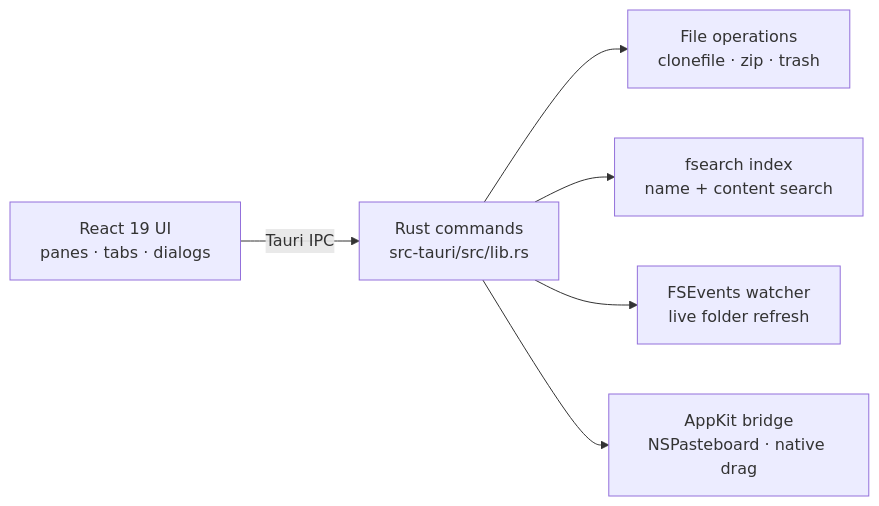
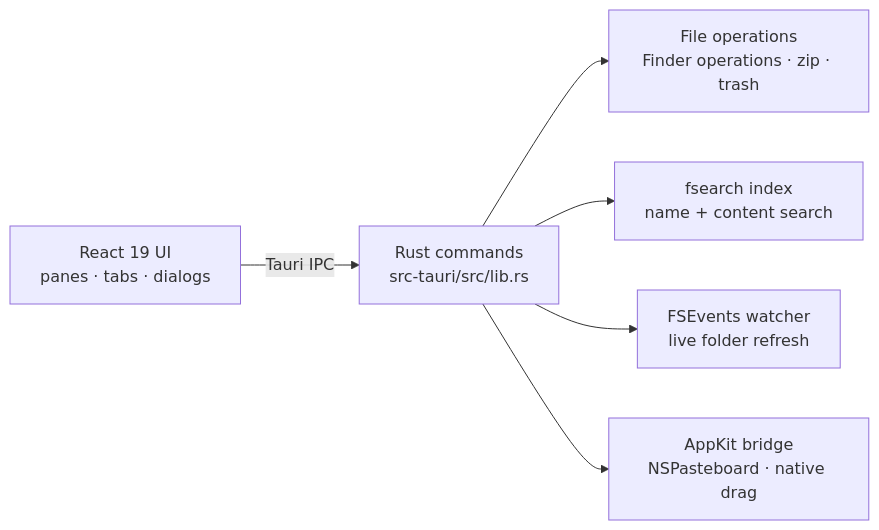
Before and after one commit to banduoba/bento: the diagram in README.md, drawn with Mermaid. The commit also changed other lines of this file and 6 other files, not shown here.

````diff
--- a/README.md
+++ b/README.md
@@ -155,8 +157,8 @@
 ```mermaid
 flowchart LR
     UI["React 19 UI<br/>panes · tabs · dialogs"] -- "Tauri IPC" --> CMD["Rust commands<br/>src-tauri/src/lib.rs"]
-    CMD --> FS["File operations<br/>clonefile · zip · trash"]
+    CMD --> FS["File operations<br/>Finder operations · zip · trash"]
     CMD --> IDX["fsearch index<br/>name + content search"]
     CMD --> WATCH["FSEvents watcher<br/>live folder refresh"]
     CMD --> MAC["AppKit bridge<br/>NSPasteboard · native drag"]
 ```
````
